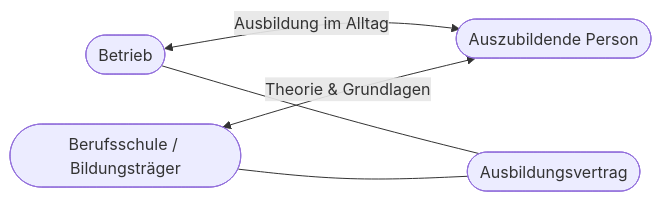
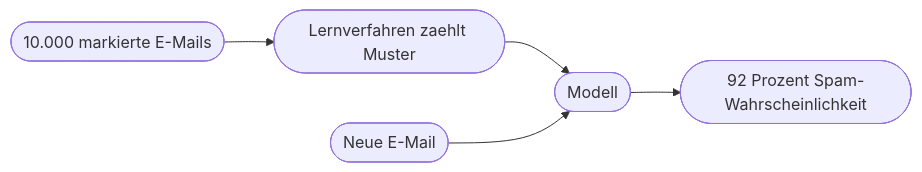
One commit to Qualidy/KI-Engineering-KI-Agenten-und-Workflow-Automatisierung changed the first of 3 diagrams in docs/content/kapitel1.md. Above: the diagram before and after it, drawn with Mermaid. The commit also changed other lines of this file and 297 other files, not shown here.

````diff
--- a/docs/content/kapitel1.md
+++ b/docs/content/kapitel1.md
@@ -39,7 +76,7 @@
 ```mermaid
 flowchart LR
-    A([Betrieb]) <-->|Ausbildung im Alltag| B([Auszubildende Person])
-  C([Berufsschule / Bildungsträger]) <-->|Theorie & Grundlagen| B
-    A --- D([Ausbildungsvertrag])
-    C --- D
+    A([10.000 markierte E-Mails]) --> B([Lernverfahren zaehlt Muster])
+    B --> C([Modell])
+    D([Neue E-Mail]) --> C
+    C --> E([92 Prozent Spam-Wahrscheinlichkeit])
 ```
````
